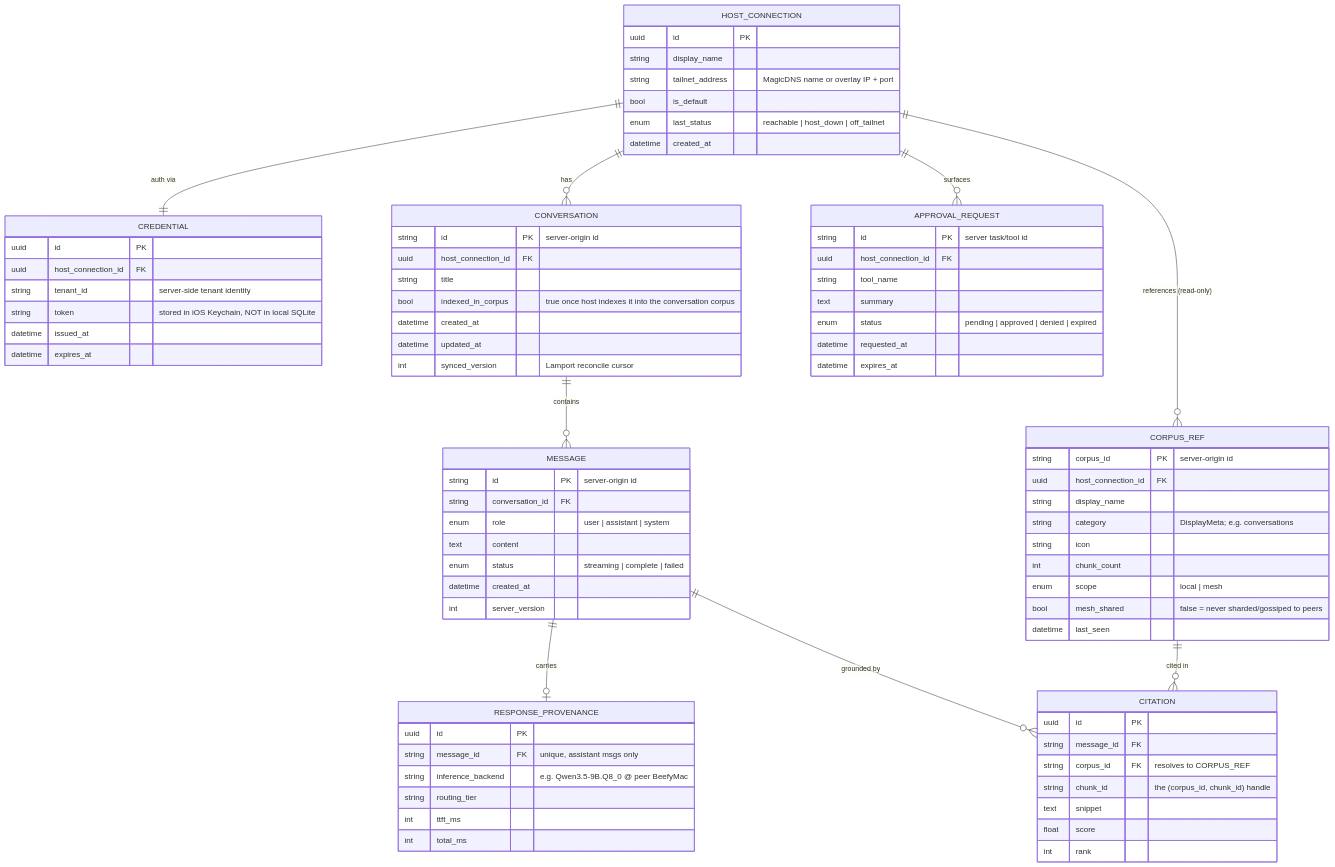
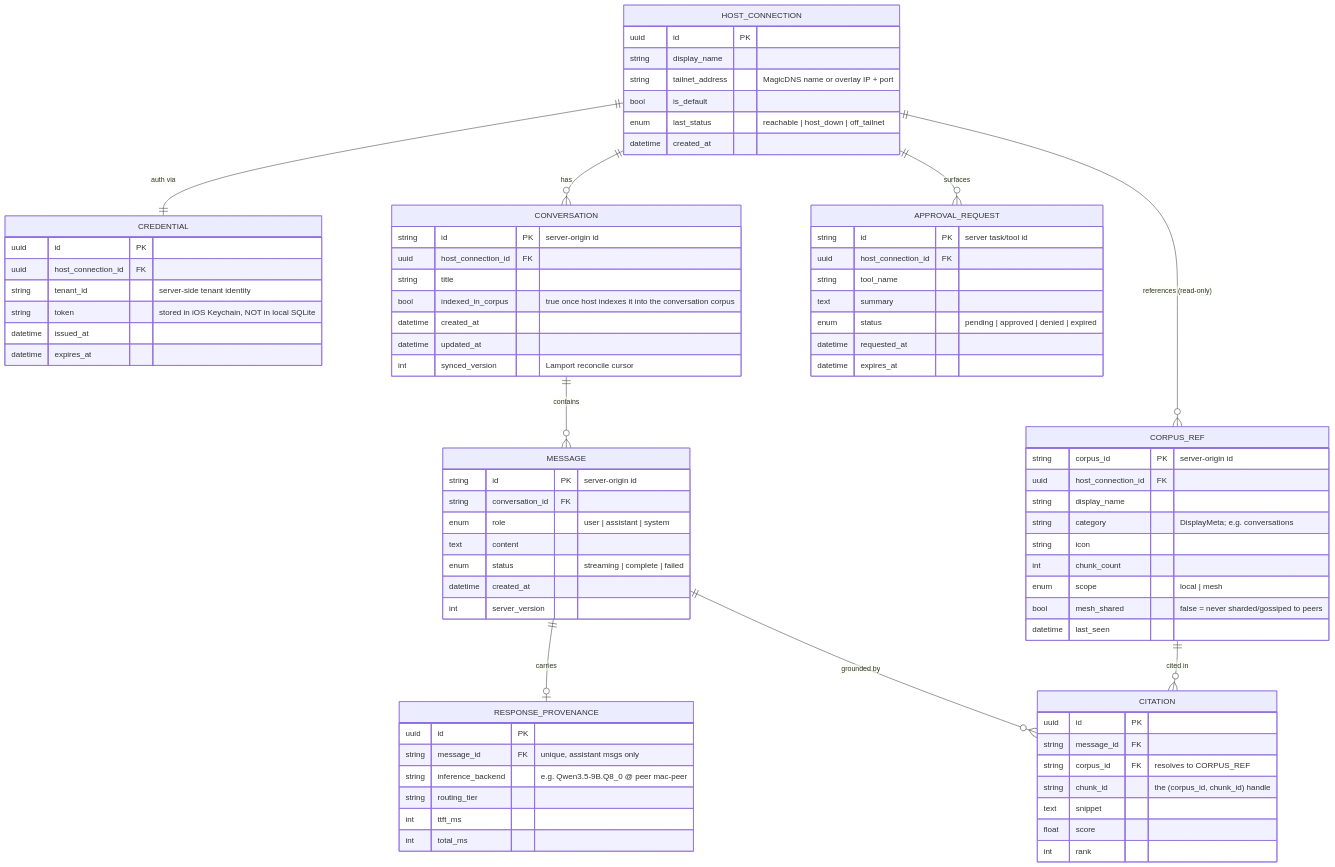
Before and after one commit to alexsbryan/commonwealth-ai: the diagram in sovereign/docs/specs/MOBILE.md, drawn with Mermaid. The commit also changed other lines of this file and 237 other files, not shown here.

```diff
--- a/sovereign/docs/specs/MOBILE.md
+++ b/sovereign/docs/specs/MOBILE.md
@@ -69,7 +69,7 @@
   RESPONSE_PROVENANCE {
     uuid id PK
     string message_id FK "unique, assistant msgs only"
-    string inference_backend "e.g. Qwen3.5-9B.Q8_0 @ peer BeefyMac"
+    string inference_backend "e.g. Qwen3.5-9B.Q8_0 @ peer mac-peer"
     string routing_tier
     int ttft_ms
     int total_ms
```
